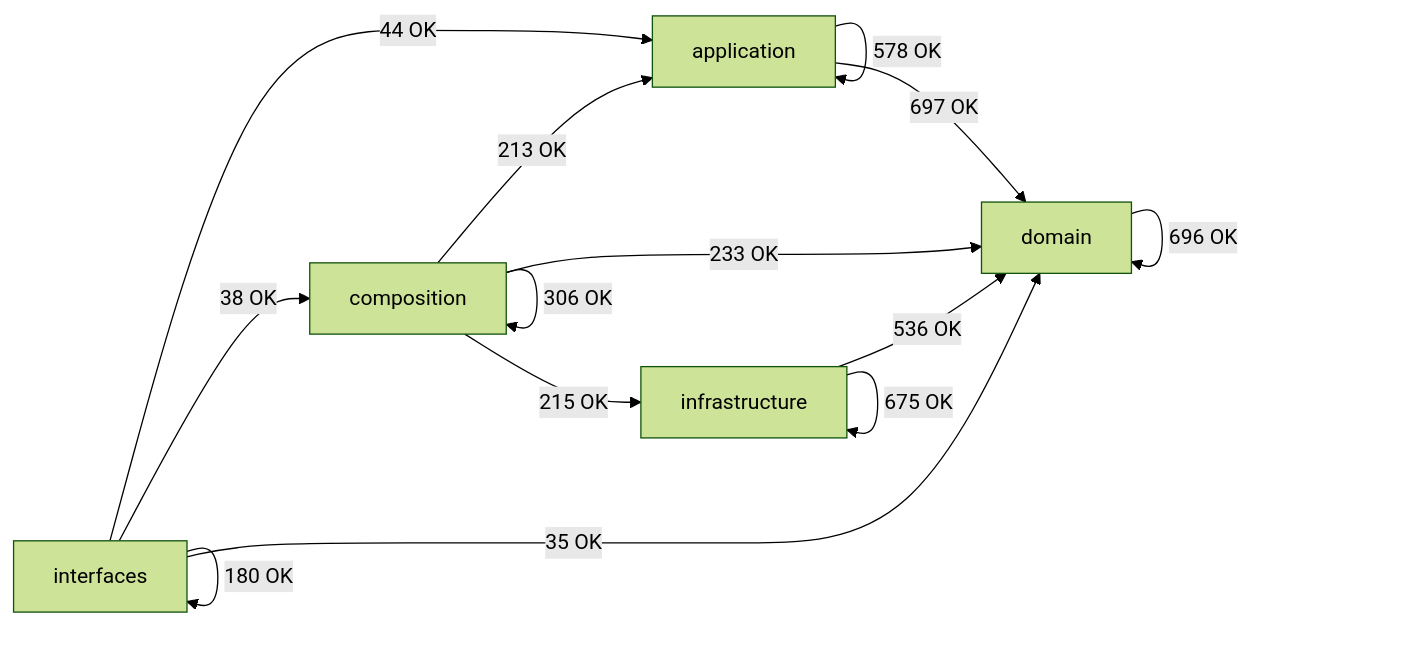
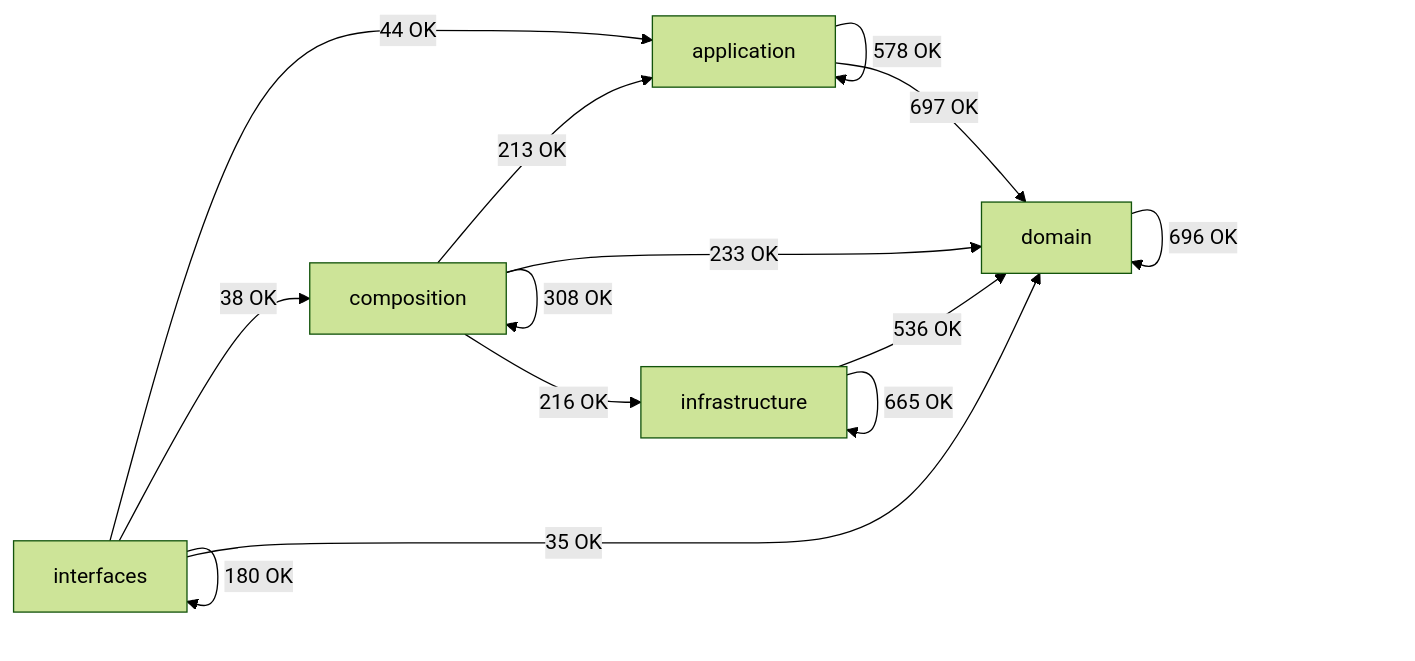
Before and after one commit to SatoryKono/BioactivityDataAcquisition: the diagram in docs/02-architecture/generated/module-dependency-map.md, drawn with Mermaid (forest theme). The commit also changed other lines of this file and 84 other files, not shown here.

````diff
--- a/docs/02-architecture/generated/module-dependency-map.md
+++ b/docs/02-architecture/generated/module-dependency-map.md
@@ -16,21 +16,21 @@
 ```mermaid
 flowchart LR
     domain[domain]
     application[application]
     infrastructure[infrastructure]
     composition[composition]
     interfaces[interfaces]
     application -->|578 OK| application
     application -->|697 OK| domain
     composition -->|213 OK| application
-    composition -->|306 OK| composition
+    composition -->|308 OK| composition
     composition -->|233 OK| domain
-    composition -->|215 OK| infrastructure
+    composition -->|216 OK| infrastructure
     domain -->|696 OK| domain
     infrastructure -->|536 OK| domain
-    infrastructure -->|675 OK| infrastructure
+    infrastructure -->|665 OK| infrastructure
     interfaces -->|44 OK| application
     interfaces -->|38 OK| composition
     interfaces -->|35 OK| domain
     interfaces -->|180 OK| interfaces
 ```
````
